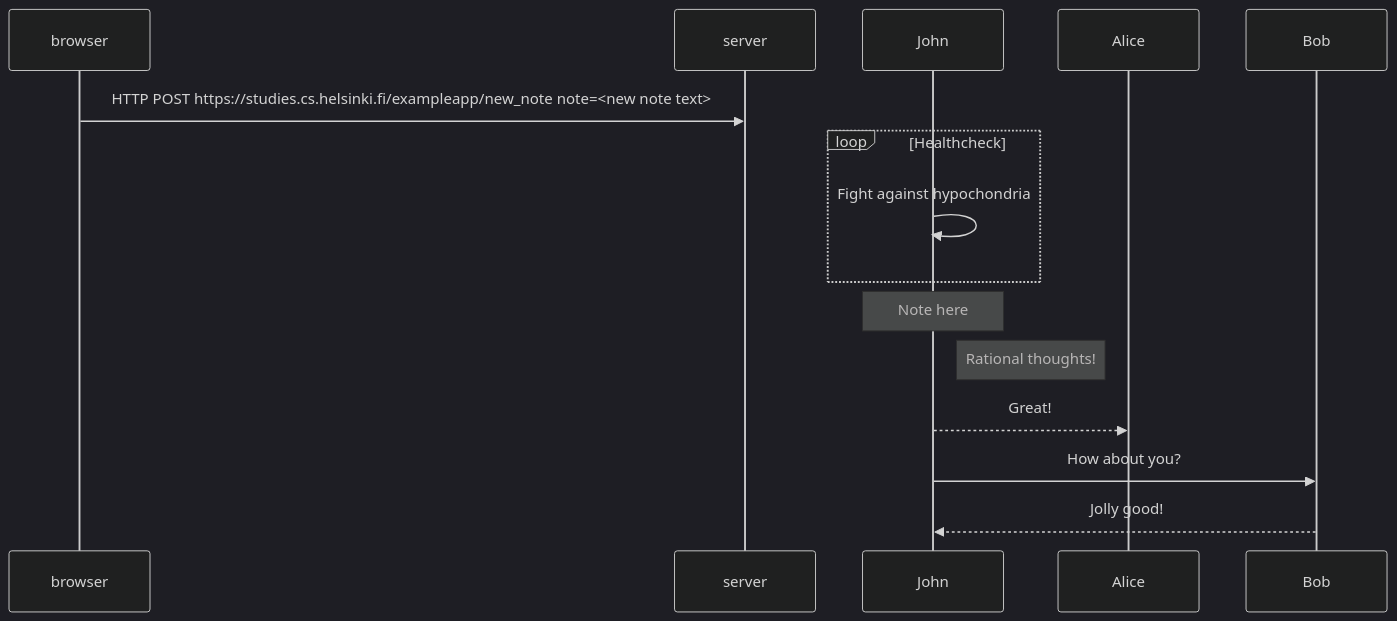
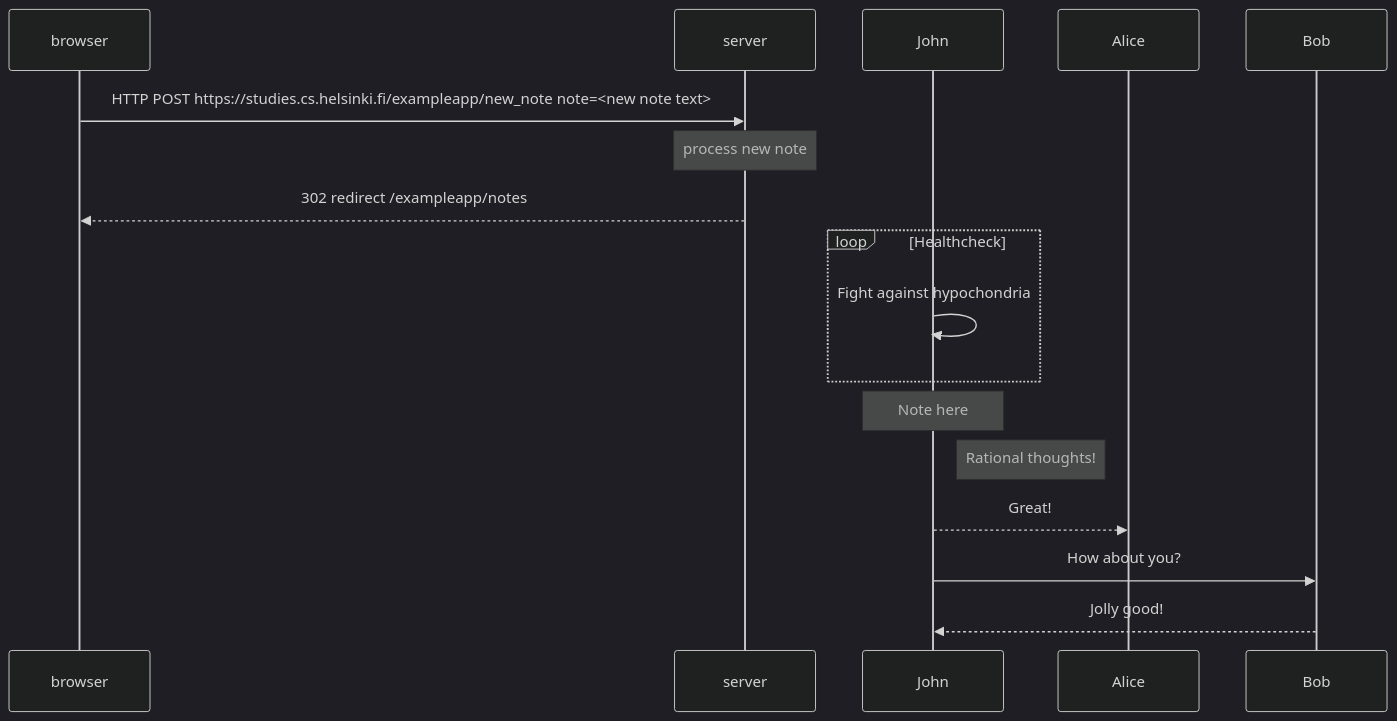
One commit to MikhailZvagelsky/fullstack changed the diagram in part0/0.4-new-note-diagram/diagram.md. Above: the diagram before and after it, drawn with Mermaid (dark theme).

````diff
--- a/part0/0.4-new-note-diagram/diagram.md
+++ b/part0/0.4-new-note-diagram/diagram.md
@@ -4,12 +4,14 @@
 ```mermaid
 sequenceDiagram
 browser->>server: HTTP POST https://studies.cs.helsinki.fi/exampleapp/new_note note=<new note text>
+Note over server: process new note
+server-->>browser: 302 redirect /exampleapp/notes
 loop Healthcheck
     John->>John: Fight against hypochondria
 end
 Note over John: Note here
 Note right of John: Rational thoughts!
 John-->>Alice: Great!
 John->>Bob: How about you?
 Bob-->>John: Jolly good!
 ```
````
